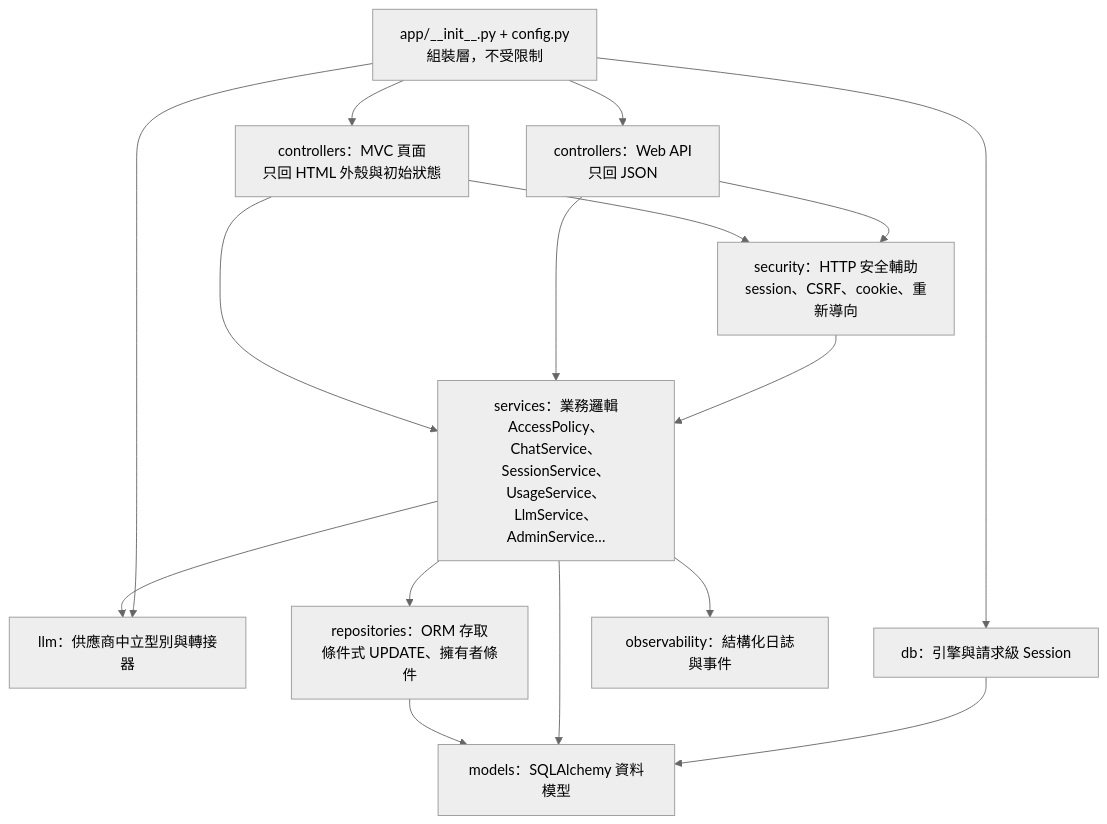
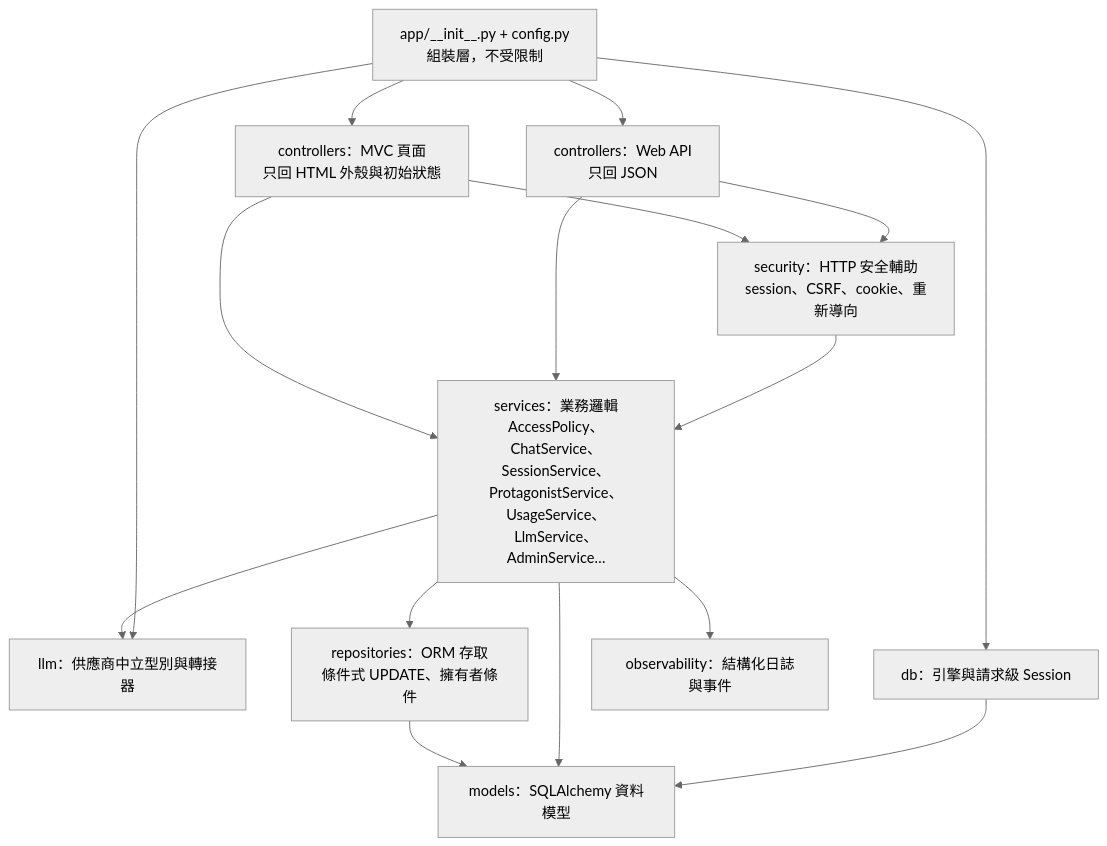
Before and after one commit to pp466pp466/R.A.C: the second of 6 diagrams in docs/系統架構-architecture.md, drawn with Mermaid (neutral theme). The commit also changed other lines of this file and 69 other files, not shown here.

````diff
--- a/docs/系統架構-architecture.md
+++ b/docs/系統架構-architecture.md
@@ -41,29 +42,29 @@
 ```mermaid
 flowchart TD
     Pages["controllers：MVC 頁面<br/>只回 HTML 外殼與初始狀態"]
     Api["controllers：Web API<br/>只回 JSON"]
     Sec["security：HTTP 安全輔助<br/>session、CSRF、cookie、重新導向"]
-    Svc["services：業務邏輯<br/>AccessPolicy、ChatService、SessionService、UsageService、LlmService、AdminService…"]
+    Svc["services：業務邏輯<br/>AccessPolicy、ChatService、SessionService、ProtagonistService、UsageService、LlmService、AdminService…"]
     Llm["llm：供應商中立型別與轉接器"]
     Repo["repositories：ORM 存取<br/>條件式 UPDATE、擁有者條件"]
     Model["models：SQLAlchemy 資料模型"]
     Db["db：引擎與請求級 Session"]
     Obs["observability：結構化日誌與事件"]
     Cfg["app/__init__.py + config.py<br/>組裝層，不受限制"]
 
     Pages --> Svc
     Api --> Svc
     Pages --> Sec
     Api --> Sec
     Sec --> Svc
     Svc --> Repo
     Svc --> Llm
     Svc --> Obs
     Repo --> Model
     Svc --> Model
     Db --> Model
     Cfg --> Pages
     Cfg --> Api
     Cfg --> Db
     Cfg --> Llm
 ```
````
